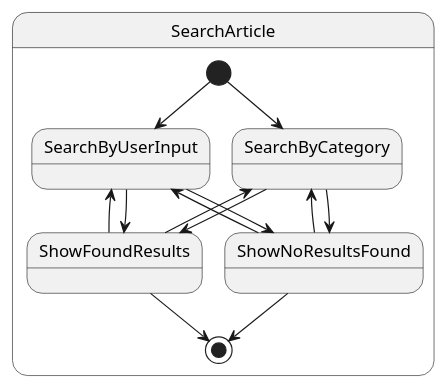
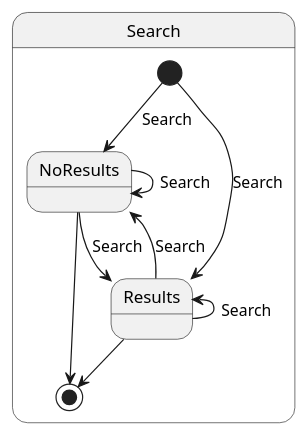
One commit to software-strijders/billy changed the diagram in documentation/uml/state/search/search.plantuml. Above: the diagram before and after it, drawn with PlantUML. The commit also changed 1 other file, not shown here.

Commit message:
Update search state

```diff
--- a/documentation/uml/state/search/search.plantuml
+++ b/documentation/uml/state/search/search.plantuml
@@ -1,23 +1,20 @@
-@startuml "state"
+@startuml search
 
-state SearchArticle {
-  [*] --> SearchByCategory
-  [*] --> SearchByUserInput
+state Search {
+  state "Results" as R
+  state "NoResults" as NR
   
-  SearchByUserInput --> ShowFoundResults
-  SearchByCategory --> ShowFoundResults
+  [*] --> R : Search
+  [*] --> NR : Search
   
-  ShowFoundResults -left-> SearchByCategory 
-  ShowFoundResults -left-> SearchByUserInput
+  R -left-> R : Search
+  R -left-> NR : Search
   
-  SearchByCategory --> ShowNoResultsFound
-  SearchByUserInput --> ShowNoResultsFound
+  NR --> NR : Search
+  NR --> R : Search
   
-  ShowNoResultsFound -left-> SearchByCategory
-  ShowNoResultsFound -left-> SearchByUserInput
-  
-  ShowFoundResults --> [*]
-  ShowNoResultsFound --> [*]
+  R --> [*]
+  NR --> [*]
 }
-  
+
 @enduml
```
